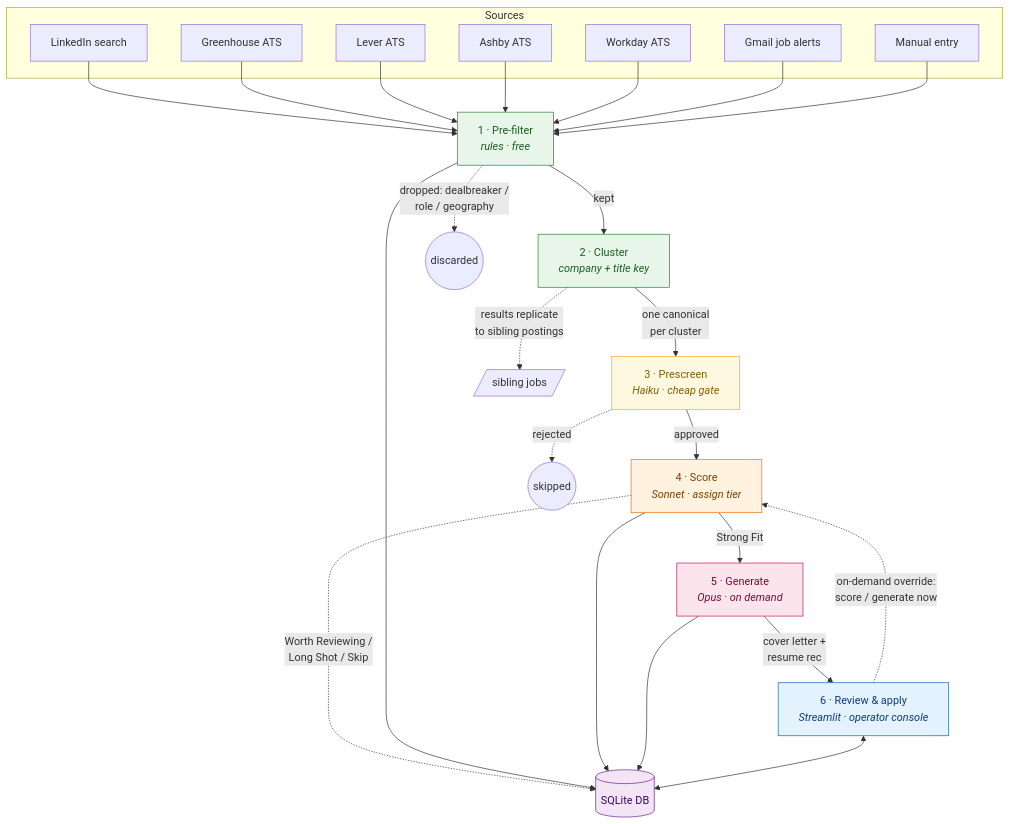
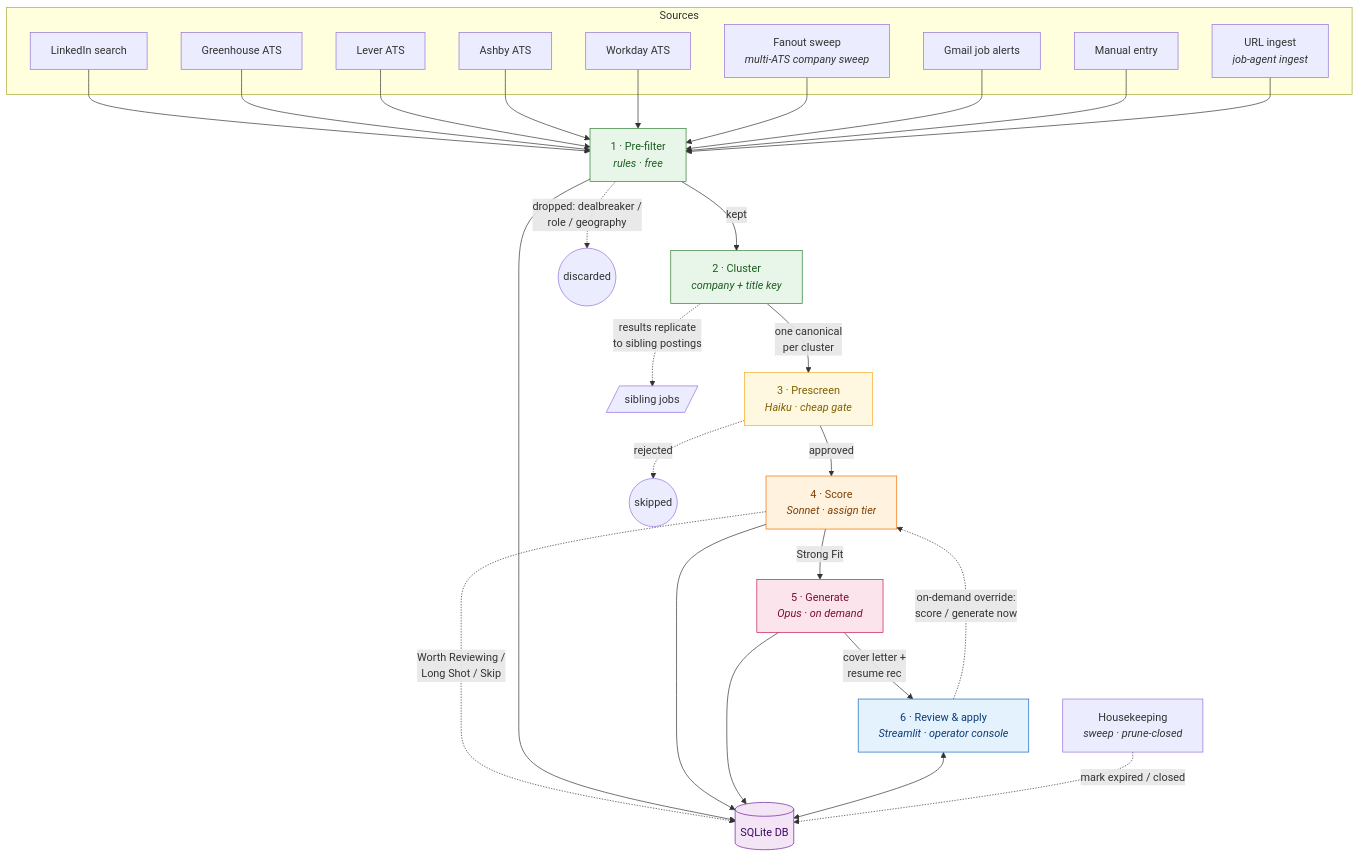
The first of 2 diagrams in OVERVIEW.md (theokelly/job-search-pipeline), drawn with Mermaid before and after one commit. The commit also changed other lines of this file and 1 other file, not shown here.

Commit message:
docs: flow diagram — fanout, ingest, housekeeping (Phase H2)
The funnel diagram predated three live paths: the fanout
multi-ATS sweep, single-URL ingest, and the housekeeping
stage (sweep / prune-closed marking postings expired or
closed). All three are drawn now; OVERVIEW.md mirrors
updated in the same commit, and its ASCII funnel list gains
Ashby, Workday, fanout, and ingest.

````diff
--- a/OVERVIEW.md
+++ b/OVERVIEW.md
@@ -78,58 +82,64 @@
 ```mermaid
 flowchart TD
     subgraph SRC[Sources]
         LI[LinkedIn search]
         GH[Greenhouse ATS]
         LV[Lever ATS]
         AS[Ashby ATS]
         WD[Workday ATS]
+        FAN[Fanout sweep<br/><i>multi-ATS company sweep</i>]
         EM[Gmail job alerts]
         MAN[Manual entry]
+        ING[URL ingest<br/><i>job-agent ingest</i>]
     end
 
     LI --> F
     GH --> F
     LV --> F
     AS --> F
     WD --> F
+    FAN --> F
     EM --> F
     MAN --> F
+    ING --> F
 
     F["1 · Pre-filter<br/><i>rules · free</i>"]
     CL["2 · Cluster<br/><i>company + title key</i>"]
     PS["3 · Prescreen<br/><i>Haiku · cheap gate</i>"]
     SC["4 · Score<br/><i>Sonnet · assign tier</i>"]
     GEN["5 · Generate<br/><i>Opus · on demand</i>"]
     UI["6 · Review &amp; apply<br/><i>Streamlit · operator console</i>"]
 
     F -->|kept| CL
     F -.->|dropped: dealbreaker /<br/>role / geography| X1((discarded))
     CL -->|one canonical<br/>per cluster| PS
     PS -->|approved| SC
     PS -.->|rejected| X2((skipped))
     SC -->|Strong Fit| GEN
     SC -.->|Worth Reviewing /<br/>Long Shot / Skip| DB[(SQLite DB)]
     GEN -->|cover letter +<br/>resume rec| UI
 
     CL -. "results replicate<br/>to sibling postings" .-> SIB[/sibling jobs/]
 
     F --> DB
     SC --> DB
     GEN --> DB
     UI <--> DB
+    HK["Housekeeping<br/><i>sweep · prune-closed</i>"]
+    HK -.->|mark expired / closed| DB
     UI -.->|on-demand override:<br/>score / generate now| SC
 
     classDef free fill:#e8f5e9,stroke:#2e7d32,color:#1b5e20;
     classDef cheap fill:#fff8e1,stroke:#f9a825,color:#7f6000;
     classDef mid fill:#fff3e0,stroke:#ef6c00,color:#7f3e00;
     classDef expensive fill:#fce4ec,stroke:#c2185b,color:#7a0c37;
     classDef human fill:#e3f2fd,stroke:#1565c0,color:#0d3c78;
     classDef store fill:#f3e5f5,stroke:#6a1b9a,color:#3e0764;
 
     class F,CL free;
     class PS cheap;
     class SC mid;
     class GEN expensive;
     class UI human;
     class DB store;
 ```
````
